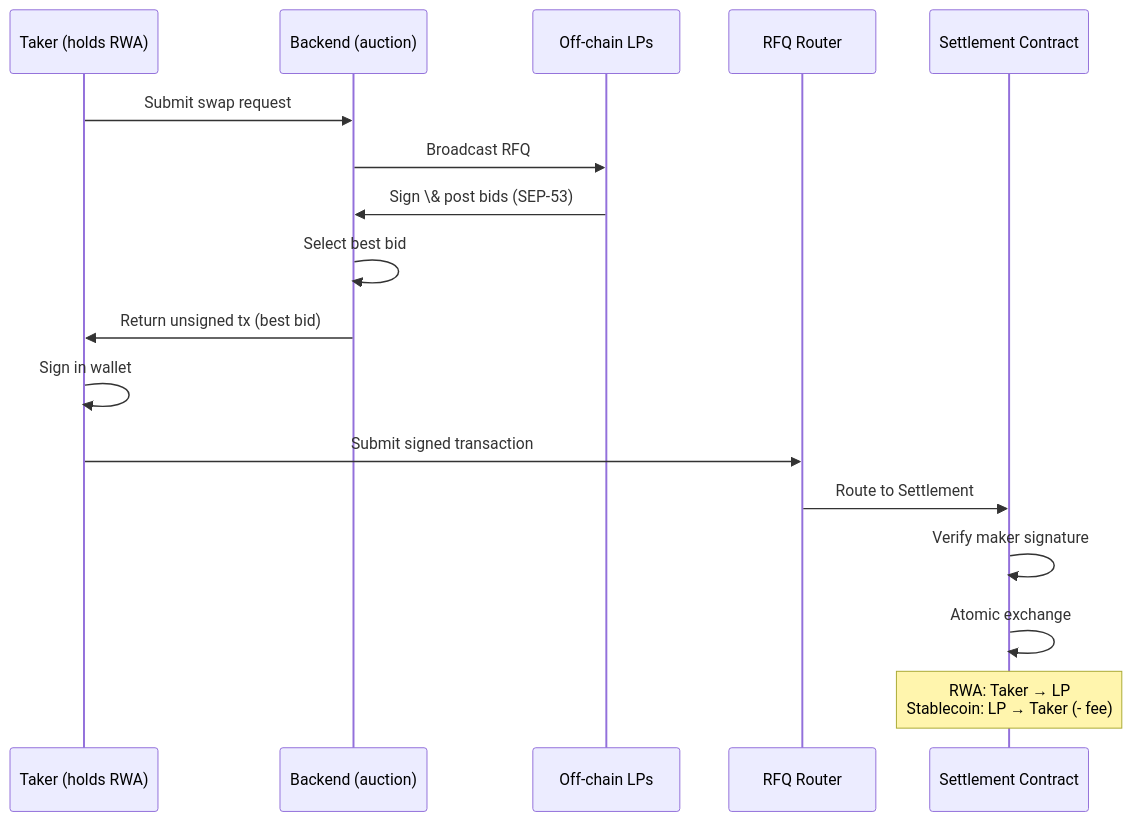
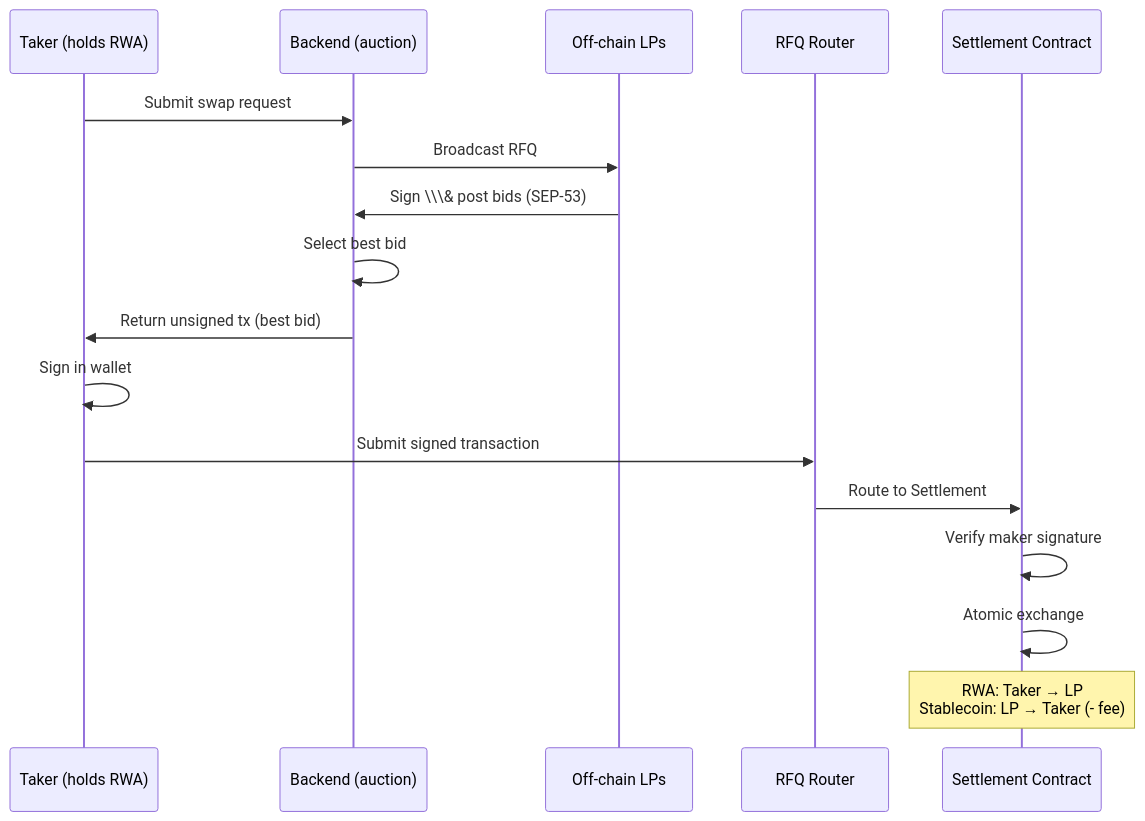
Before and after one commit to mystic-finance/Stellar-RFQ: the fifth of 9 diagrams in docs/TECHNICAL_ARCHITECTURE.md, drawn with Mermaid. The commit also changed other lines of this file, not shown here.

````diff
--- a/docs/TECHNICAL_ARCHITECTURE.md
+++ b/docs/TECHNICAL_ARCHITECTURE.md
@@ -769,20 +840,20 @@
 ```mermaid
 sequenceDiagram
     participant T as Taker (holds RWA)
     participant B as Backend (auction)
     participant LP as Off-chain LPs
     participant R as RFQ Router
     participant S as Settlement Contract
 
     T->>B: Submit swap request
     B->>LP: Broadcast RFQ
-    LP->>B: Sign \& post bids (SEP-53)
+    LP->>B: Sign \\\& post bids (SEP-53)
     B->>B: Select best bid
     B->>T: Return unsigned tx (best bid)
     T->>T: Sign in wallet
     T->>R: Submit signed transaction
     R->>S: Route to Settlement
     S->>S: Verify maker signature
     S->>S: Atomic exchange
     Note over S: RWA: Taker → LP<br/>Stablecoin: LP → Taker (- fee)
 ```
````
